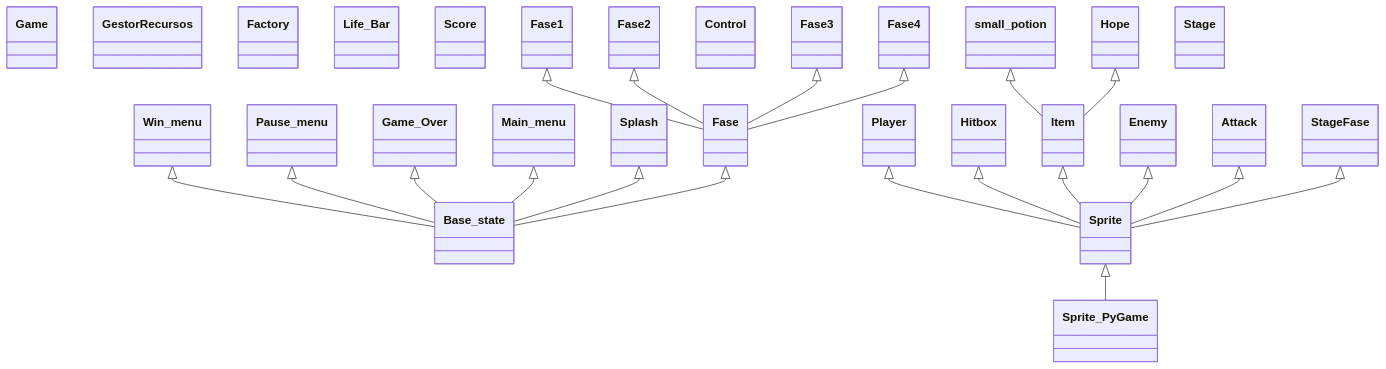
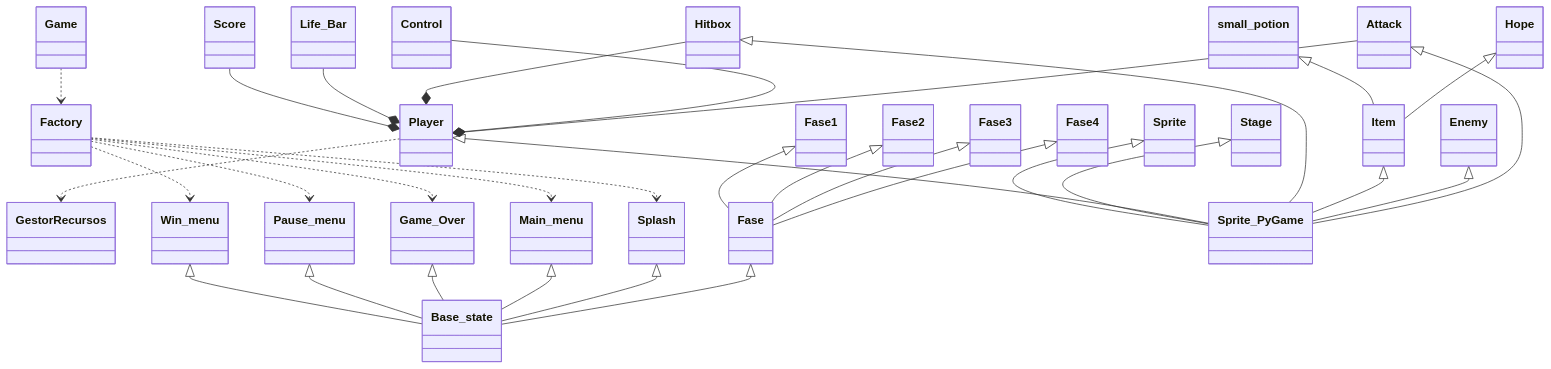
The diagram in Doc/ClassDiagram.md (Josebarcena/Pandora), drawn with Mermaid before and after one commit.

Commit message:
añadidas algunas relaciones extras

````diff
--- a/Doc/ClassDiagram.md
+++ b/Doc/ClassDiagram.md
@@ -2,67 +2,89 @@
 ```mermaid
 ---
 title:
 ---
 classDiagram
     class Game 
     class GestorRecursos 
     class Factory 
 
 
     class Life_Bar
     class Score
     class Player
     class Hitbox
     class Item
     class small_potion
     class Hope
     class Control
     class Enemy 
     class Attack  
 
 
     class Win_menu
     class Pause_menu
     class Game_Over
     class Main_menu
     class Splash
 
 
     class Base_state
     class Fase
     class Fase1
     class Fase2
     class Fase3
     class Fase4
     class Sprite
     class Stage
 
 
     Sprite <|-- Sprite_PyGame
+    Stage <|-- Sprite_PyGame
 
-    Player <|-- Sprite
-    Hitbox <|-- Sprite
-    Item <|-- Sprite
+    Player <|-- Sprite_PyGame
+    Hitbox <|-- Sprite_PyGame
+    Item <|-- Sprite_PyGame
     small_potion <|-- Item
     Hope <|-- Item
-    Enemy <|-- Sprite
-    Attack <|-- Sprite
+    Enemy <|-- Sprite_PyGame
+    Attack <|-- Sprite_PyGame
 
     Win_menu <|-- Base_state
     Pause_menu <|-- Base_state
     Game_Over <|-- Base_state
     Main_menu <|-- Base_state
     Splash <|-- Base_state
 
     Fase <|-- Base_state
     Fase1 <|-- Fase
     Fase2 <|-- Fase
     Fase3 <|-- Fase
     Fase4 <|-- Fase
+    
 
-    StageFase <|-- Sprite
+    Score --* Player
+    Life_Bar --* Player
+    Hitbox --* Player
+    Control --* Player
+    Attack --* Player
+
+    Game ..> Factory
+    Factory ..> Main_menu
+    Factory ..> Splash
+    Factory ..> Game_Over
+    Factory ..> Pause_menu
+    Factory ..> Win_menu
+
+
+    Player ..> GestorRecursos
+
+
+    
+
+
+
     
 
 
 
 ```
````
